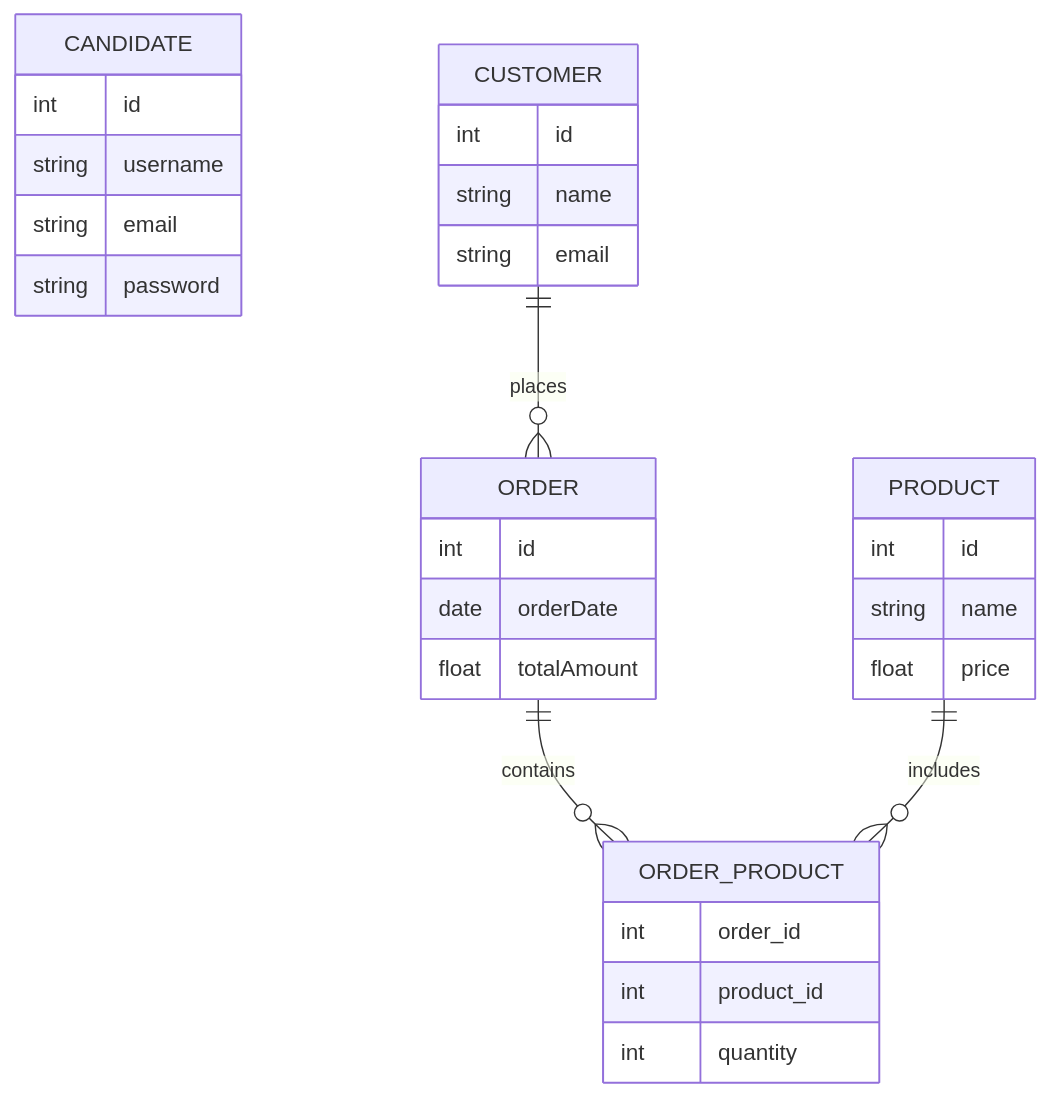
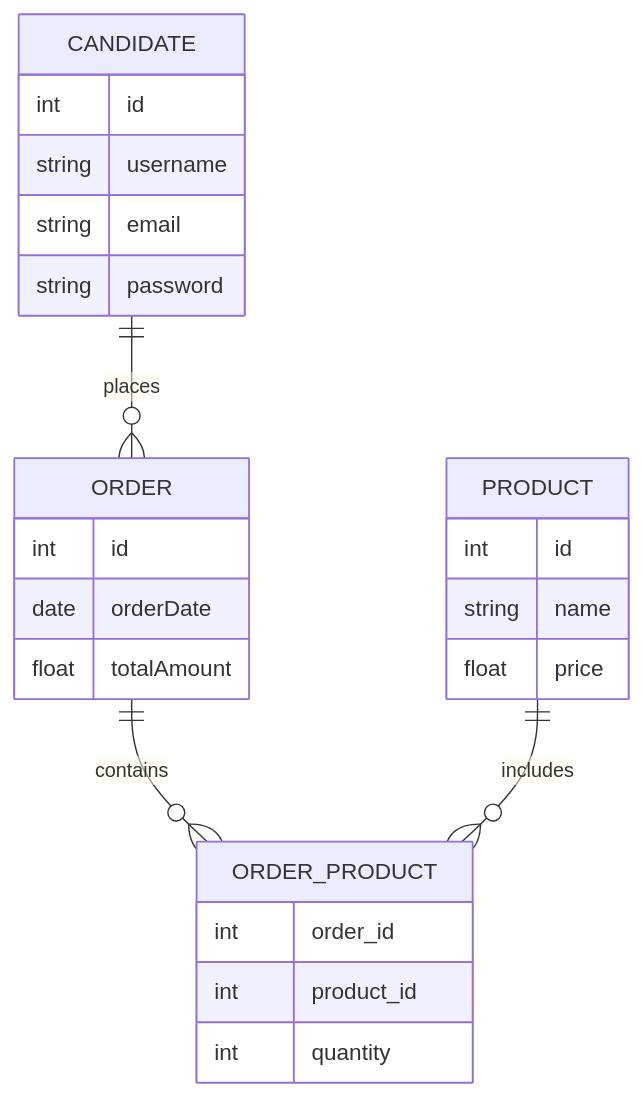
The diagram in er_diagram.md (DasunMadawa/Intelleon-Intern-project), drawn with Mermaid before and after one commit.

Commit message:
remove customer

````diff
--- a/er_diagram.md
+++ b/er_diagram.md
@@ -1,38 +1,32 @@
 ```mermaid
 erDiagram
     CANDIDATE {
         int id
         string username
         string email
         string password
-    }
-
-    CUSTOMER {
-        int id
-        string name
-        string email
     }
 
     ORDER {
         int id
         date orderDate
         float totalAmount
     }
 
     PRODUCT {
         int id
         string name
         float price
     }
 
     ORDER_PRODUCT {
         int order_id
         int product_id
         int quantity
     }
 
-    CUSTOMER ||--o{ ORDER : places
+    CANDIDATE ||--o{ ORDER : places
     ORDER ||--o{ ORDER_PRODUCT : contains
     PRODUCT ||--o{ ORDER_PRODUCT : includes
 
 ```
````
